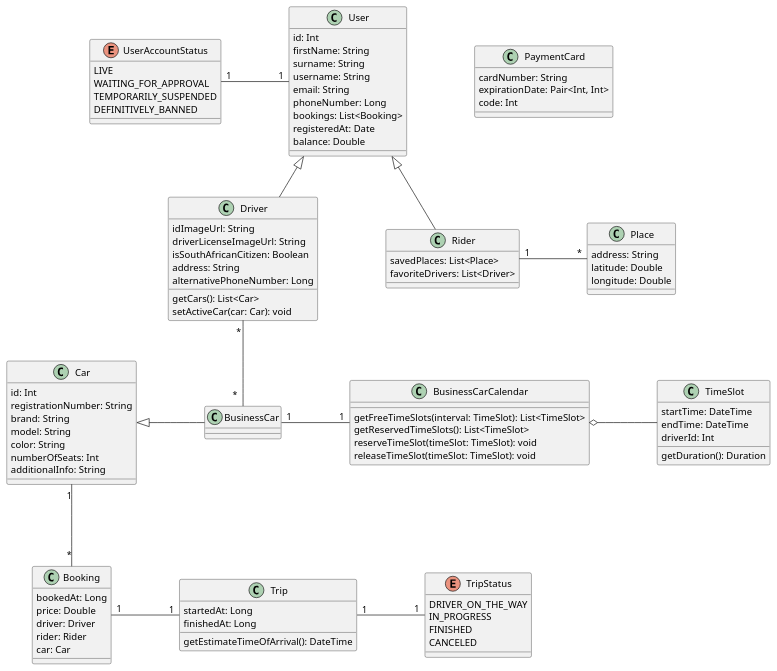
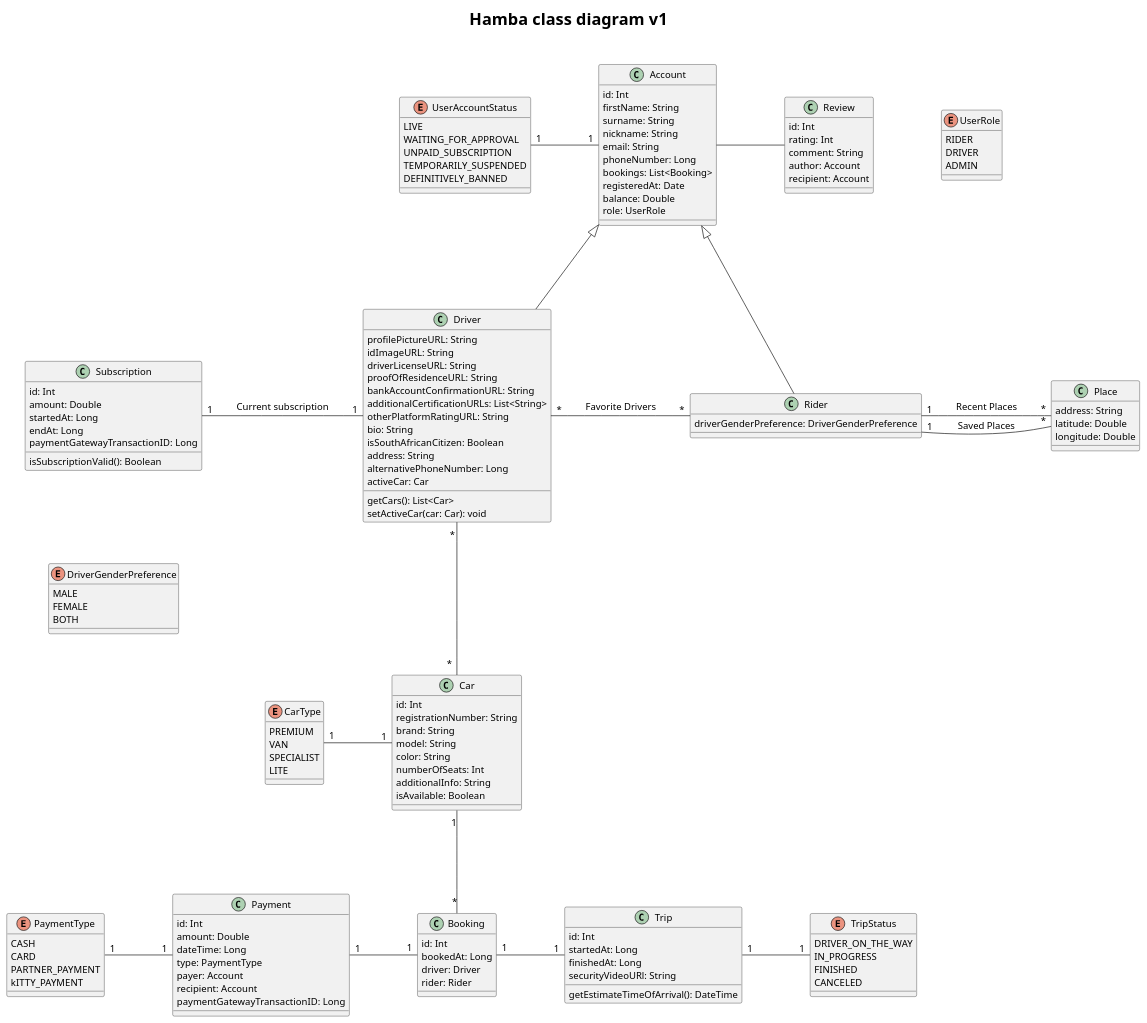
The diagram in diagrams/class_digram.puml (sitatec/OpenTaxi), drawn with PlantUML before and after one commit. The commit also changed 6 other files, not shown here.

Commit message:
build the class diagram

```diff
--- a/diagrams/class_digram.puml
+++ b/diagrams/class_digram.puml
@@ -1,113 +1,196 @@
 @startuml
 
 skinparam nodesep 100
+skinparam defaultFontSize 14
+skinparam titleFontSize 24
+title "Hamba class diagram v1\n"
 
-class User {
+class Account {
     id: Int
     firstName: String
     surname: String
-    username: String
+    nickname: String
     email: String
     phoneNumber: Long
     bookings: List<Booking>
     registeredAt: Date
     balance: Double
+    role: UserRole
 }
 
 enum UserAccountStatus {
     LIVE
     WAITING_FOR_APPROVAL
+    UNPAID_SUBSCRIPTION
     TEMPORARILY_SUSPENDED
     DEFINITIVELY_BANNED
 }
 
-class PaymentCard {
-    cardNumber: String
-    expirationDate: Pair<Int, Int>
-    code: Int
+enum UserRole {
+    RIDER
+    DRIVER
+    ADMIN
 }
 
+'class PaymentCard {
+'    cardNumber: String
+'    expirationDate: Pair<Int, Int>
+'    code: Int
+'}
+
 class Driver {
-    idImageUrl: String
-    driverLicenseImageUrl: String
+    profilePictureURL: String
+    idImageURL: String
+    driverLicenseURL: String
+    proofOfResidenceURL: String
+    bankAccountConfirmationURL: String
+    additionalCertificationURLs: List<String>
+    otherPlatformRatingURL: String
+    bio: String
     isSouthAfricanCitizen: Boolean
     address: String
     alternativePhoneNumber: Long
+    activeCar: Car
     getCars(): List<Car>
     setActiveCar(car: Car): void
 }
 
 class Rider {
-    savedPlaces: List<Place>
-    favoriteDrivers: List<Driver>
+    driverGenderPreference: DriverGenderPreference
 }
 
+
 class Booking {
+    id: Int
     bookedAt: Long
-    price: Double
     driver: Driver
     rider: Rider
-    car: Car
+}
+
+class Subscription {
+    id: Int
+    amount: Double
+    startedAt: Long
+    endAt: Long
+    paymentGatewayTransactionID: Long
+    isSubscriptionValid(): Boolean
+}
+
+enum DriverGenderPreference {
+    MALE
+    FEMALE
+    BOTH
 }
 
 class Trip {
+    id: Int
     startedAt: Long
     finishedAt: Long
+    securityVideoURl: String
     getEstimateTimeOfArrival(): DateTime
 }
 
 class Place {
     address: String
     latitude: Double
     longitude: Double
 }
 
 
 enum TripStatus {
     DRIVER_ON_THE_WAY
     IN_PROGRESS
     FINISHED
     CANCELED
 }
 
 class Car {
     id: Int
     registrationNumber: String
     brand: String
     model: String
     color: String
     numberOfSeats: Int
     additionalInfo: String
+    isAvailable: Boolean
 }
 
-class BusinessCar {
+'class BusinessCar {
+'}
+'
+'class BusinessCarCalendar {
+'    getFreeTimeSlots(interval: TimeSlot): List<TimeSlot>
+'    getReservedTimeSlots(): List<TimeSlot>
+'    releaseTimeSlot(timeSlot: TimeSlot): void
+'}
+'
+'class TimeSlot {
+'    startTime: DateTime
+'    endTime: DateTime
+'    assignedDriver: Driver
+'    getDuration(): Duration
+'}
+'class BusinessAccount {
+'    businessName
+'    businessPhoneNumber
+'    VATNumber
+'    numberOfDrivers
+'    subscription: Subscription
+'}
+'note right: Extend from Account. \nArrow absent for readability.
+
+class Payment {
+    id: Int
+    amount: Double
+    dateTime: Long
+    type: PaymentType
+    payer: Account
+    recipient: Account
+    paymentGatewayTransactionID: Long
 }
 
-class BusinessCarCalendar {
-    getFreeTimeSlots(interval: TimeSlot): List<TimeSlot>
-    getReservedTimeSlots(): List<TimeSlot>
-    reserveTimeSlot(timeSlot: TimeSlot): void
-    releaseTimeSlot(timeSlot: TimeSlot): void
+enum PaymentType {
+    CASH
+    CARD
+    PARTNER_PAYMENT
+    kITTY_PAYMENT
 }
 
-class TimeSlot {
-    startTime: DateTime
-    endTime: DateTime
-    driverId: Int
-    getDuration(): Duration
+enum CarType {
+    PREMIUM
+    VAN
+    SPECIALIST
+    LITE
 }
 
-User <|-- Rider
-User <|-- Driver
-Rider "1" - "*" Place
-Driver -[hidden]r- Rider
-Driver " * " -- " *  " BusinessCar
-Car <|- BusinessCar
-BusinessCar "1" - "1" BusinessCarCalendar
-BusinessCarCalendar o- TimeSlot
+class Review {
+    id: Int
+    rating: Int
+    comment: String
+    author: Account
+    recipient: Account
+}
+
+Account <|--- Rider
+Account <|--- Driver
+Rider "1" - "*" Place : Saved Places
+Rider "1" - "*" Place : Recent Places
+Driver "*" - "*" Rider: Favorite Drivers
+Driver " * " --- " *  " Car
+Subscription "1" - "1" Driver : Current subscription
+'BusinessAccount "1" -- "* " BusinessCar
+'Car <|- BusinessCar
+'BusinessCar "1" - "1" BusinessCarCalendar
+'BusinessCarCalendar "1 " o-- " * " TimeSlot
 Booking "1" - "1" Trip
 Trip "1" - "1" TripStatus
 Car "1" --- "*" Booking
-UserAccountStatus "1" - "1" User
+CarType "1" - "1" Car
+UserAccountStatus "1" - "1" Account
+'DriverGenderPreference "1" -- "1" Rider
+PaymentType "1" - "1" Payment
+Payment "1" - "1" Booking
+Account - Review
+Subscription -[hidden]- DriverGenderPreference
 
 @enduml
```
